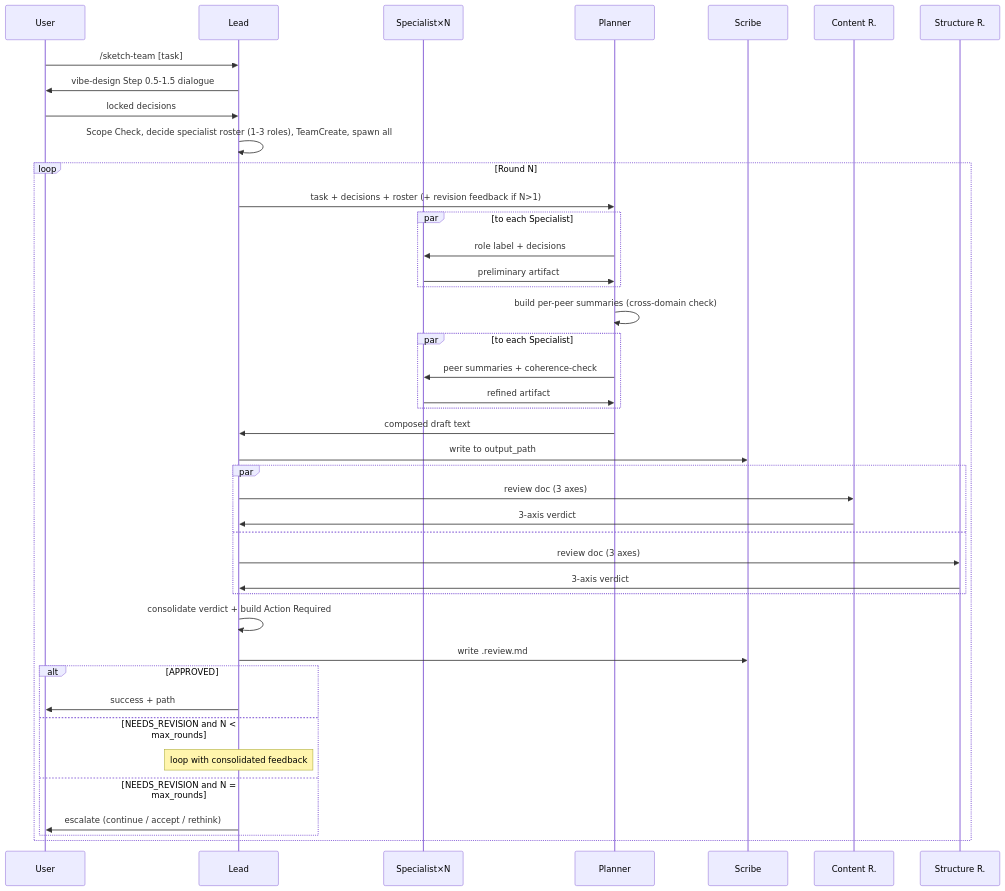
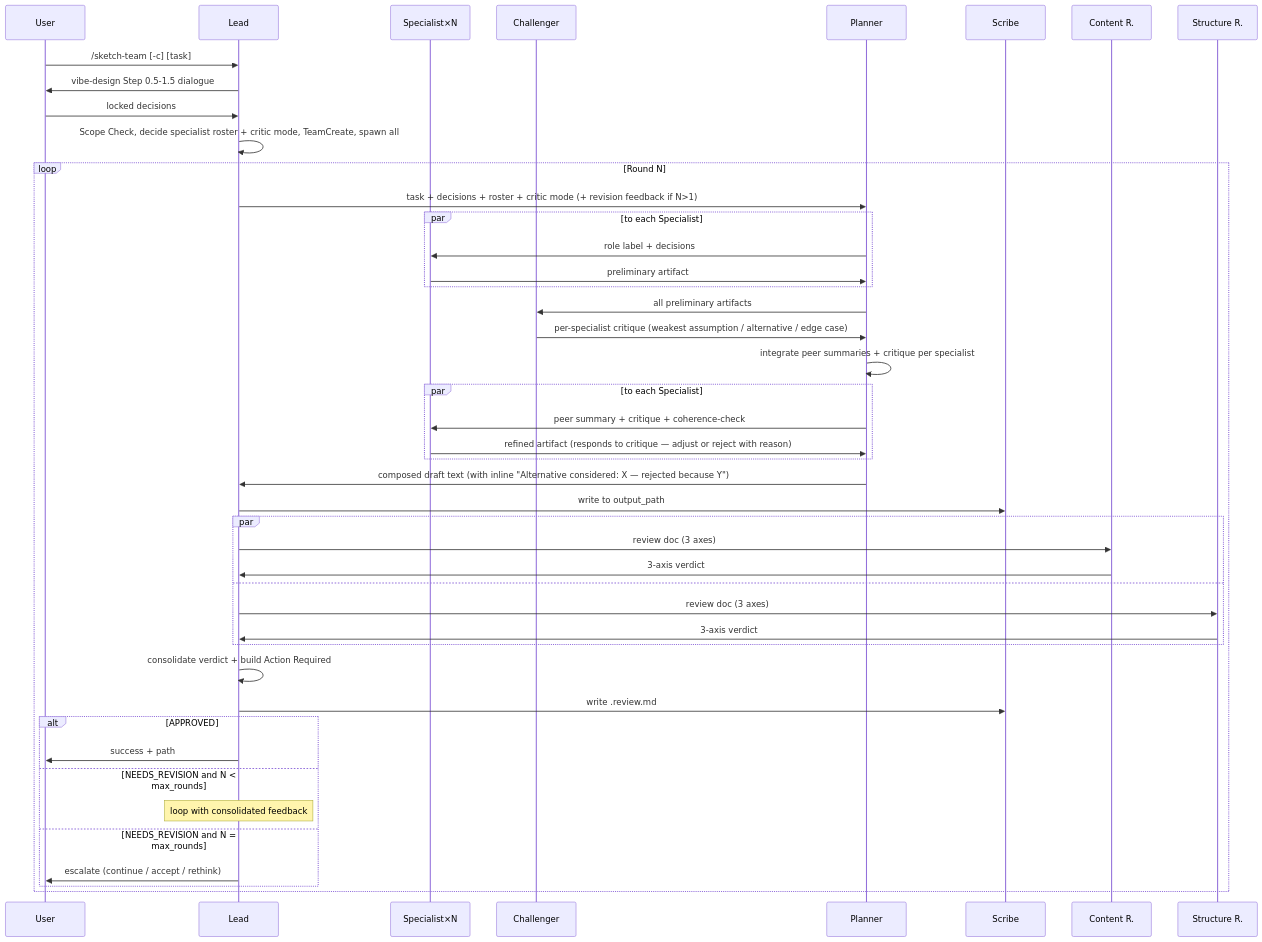
One commit to flashwade03/fablers-claude-harness changed the diagram in plugins/vibe-architecture/docs/sketch-team.md. Above: the diagram before and after it, drawn with Mermaid. The commit also changed other lines of this file and 10 other files, not shown here.

````diff
--- a/plugins/vibe-architecture/docs/sketch-team.md
+++ b/plugins/vibe-architecture/docs/sketch-team.md
@@ -95,46 +109,49 @@
 ```mermaid
 sequenceDiagram
     participant U as User
     participant L as Lead
     participant SD as Specialist×N
+    participant CH as Challenger
     participant P as Planner
     participant S as Scribe
     participant CR as Content R.
     participant SR as Structure R.
 
-    U->>L: /sketch-team [task]
+    U->>L: /sketch-team [-c] [task]
     L->>U: vibe-design Step 0.5-1.5 dialogue
     U->>L: locked decisions
-    L->>L: Scope Check, decide specialist roster (1-3 roles), TeamCreate, spawn all
+    L->>L: Scope Check, decide specialist roster + critic mode, TeamCreate, spawn all
 
     loop Round N
-        L->>P: task + decisions + roster (+ revision feedback if N>1)
+        L->>P: task + decisions + roster + critic mode (+ revision feedback if N>1)
         par to each Specialist
             P->>SD: role label + decisions
             SD->>P: preliminary artifact
         end
-        P->>P: build per-peer summaries (cross-domain check)
+        P->>CH: all preliminary artifacts
+        CH->>P: per-specialist critique (weakest assumption / alternative / edge case)
+        P->>P: integrate peer summaries + critique per specialist
         par to each Specialist
-            P->>SD: peer summaries + coherence-check
-            SD->>P: refined artifact
+            P->>SD: peer summary + critique + coherence-check
+            SD->>P: refined artifact (responds to critique — adjust or reject with reason)
         end
-        P->>L: composed draft text
+        P->>L: composed draft text (with inline "Alternative considered: X — rejected because Y")
         L->>S: write to output_path
         par
             L->>CR: review doc (3 axes)
             CR->>L: 3-axis verdict
         and
             L->>SR: review doc (3 axes)
             SR->>L: 3-axis verdict
         end
         L->>L: consolidate verdict + build Action Required
         L->>S: write .review.md
         alt APPROVED
             L->>U: success + path
         else NEEDS_REVISION and N < max_rounds
             Note over L: loop with consolidated feedback
         else NEEDS_REVISION and N = max_rounds
             L->>U: escalate (continue / accept / rethink)
         end
     end
 ```
````
